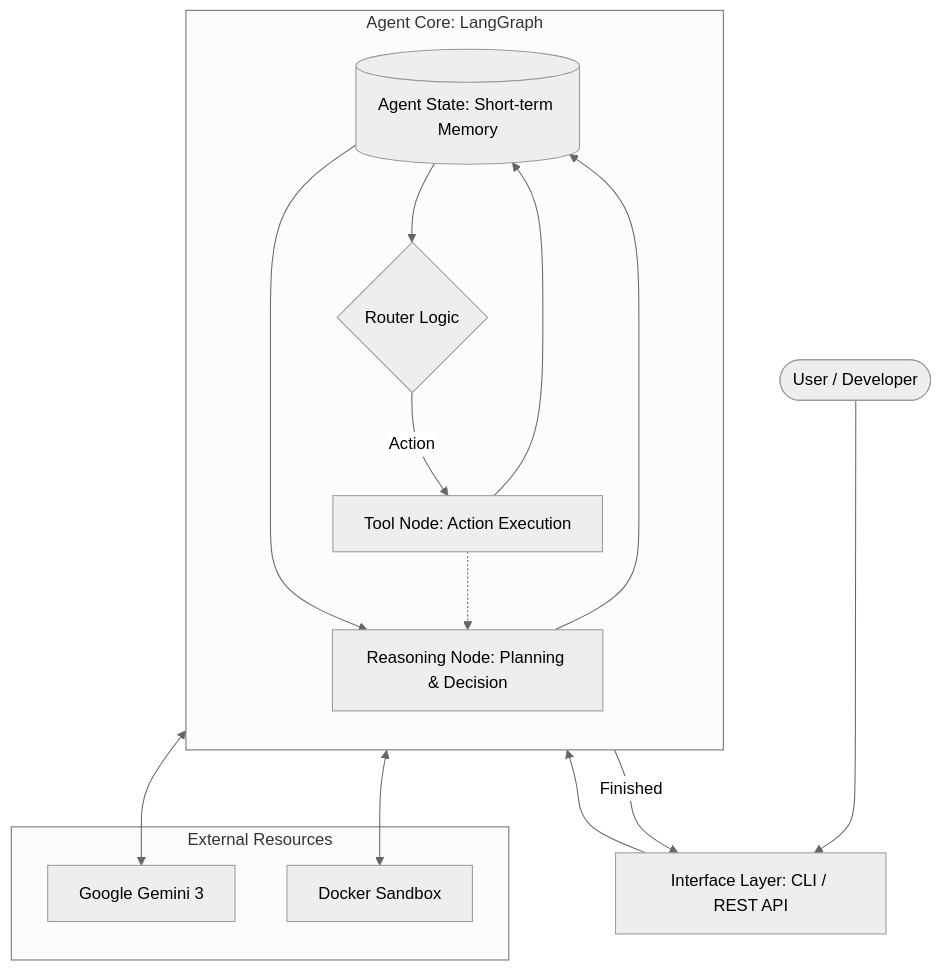
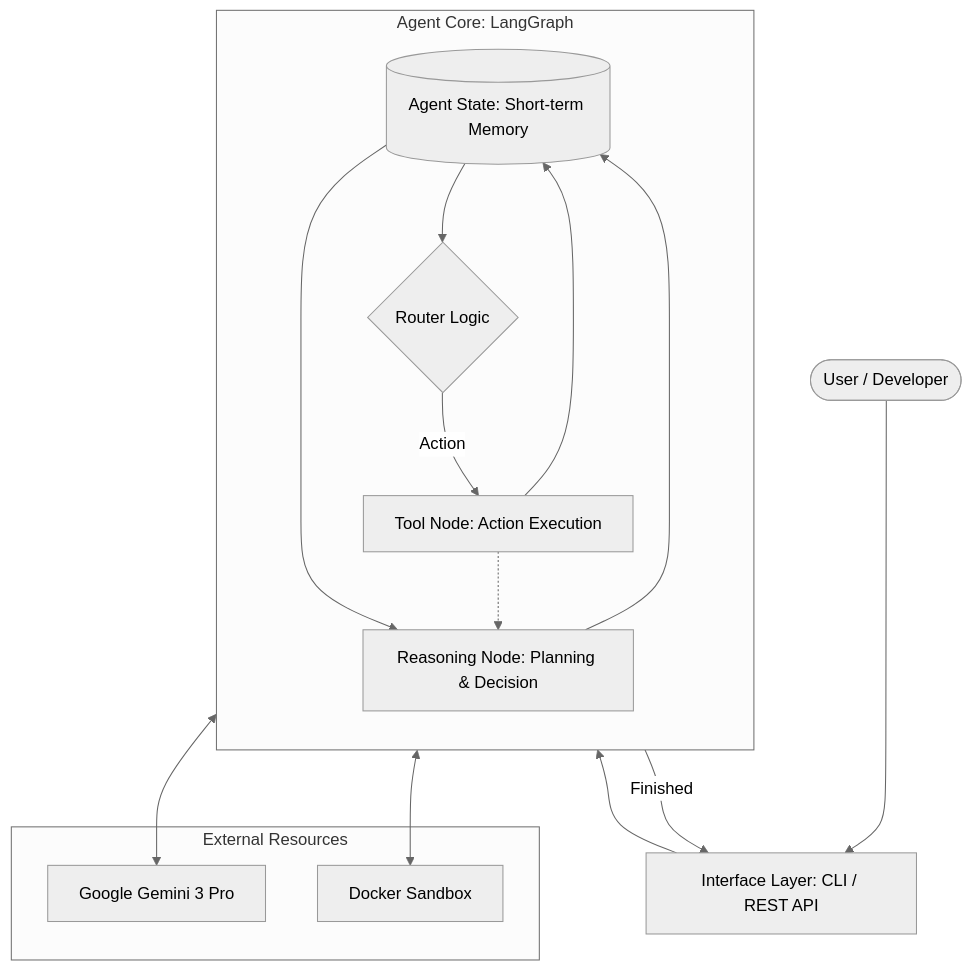
Before and after one commit to anupamabhay/agent-zero: the diagram in docs/agent_architecture.md, drawn with Mermaid (neutral theme). The commit also changed other lines of this file and 14 other files, not shown here.

````diff
--- a/docs/agent_architecture.md
+++ b/docs/agent_architecture.md
@@ -35,37 +35,37 @@
 ```mermaid
 graph TD
     %% Nodes
     User(["User / Developer"])
     API[Interface Layer: CLI / REST API]
     
     subgraph Agent_Core [Agent Core: LangGraph]
         direction TB
         State[("Agent State: Short-term Memory")]
         Reason[Reasoning Node: Planning & Decision]
         Router{Router Logic}
         Execute[Tool Node: Action Execution]
     end
     
     subgraph Resources [External Resources]
-        LLM[Google Gemini 3]
+        LLM[Google Gemini 3 Pro]
         Docker[Docker Sandbox]
     end
 
-    %% Simple Connections (Removing complex labels to prevent errors)
+    %% Connections
     User --> API
     API --> State
     
     State --> Reason
     Reason <--> LLM
     Reason --> State
     
     State --> Router
     Router -->|Action| Execute
     Router -->|Finished| API
     
     Execute <--> Docker
     Execute --> State
     
     %% The Loop
     Execute -.-> Reason
 ```
````
